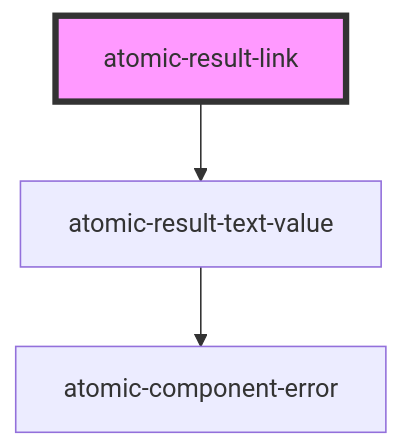
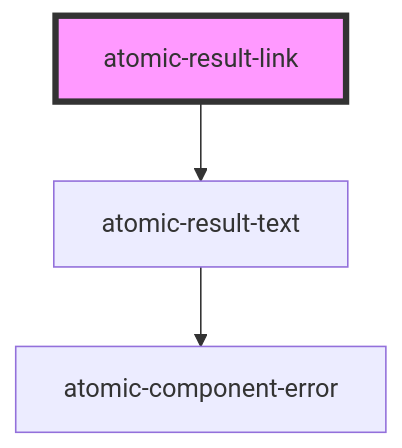
The diagram in packages/atomic/src/components/result-template-components/atomic-result-link/readme.md (coveo/ui-kit), drawn with Mermaid before and after one commit. The commit also changed other lines of this file and 18 other files, not shown here.

````diff
--- a/packages/atomic/src/components/result-template-components/atomic-result-link/readme.md
+++ b/packages/atomic/src/components/result-template-components/atomic-result-link/readme.md
@@ -22,6 +22,6 @@
 ```mermaid
 graph TD;
-  atomic-result-link --> atomic-result-text-value
-  atomic-result-text-value --> atomic-component-error
+  atomic-result-link --> atomic-result-text
+  atomic-result-text --> atomic-component-error
   style atomic-result-link fill:#f9f,stroke:#333,stroke-width:4px
 ```
````
